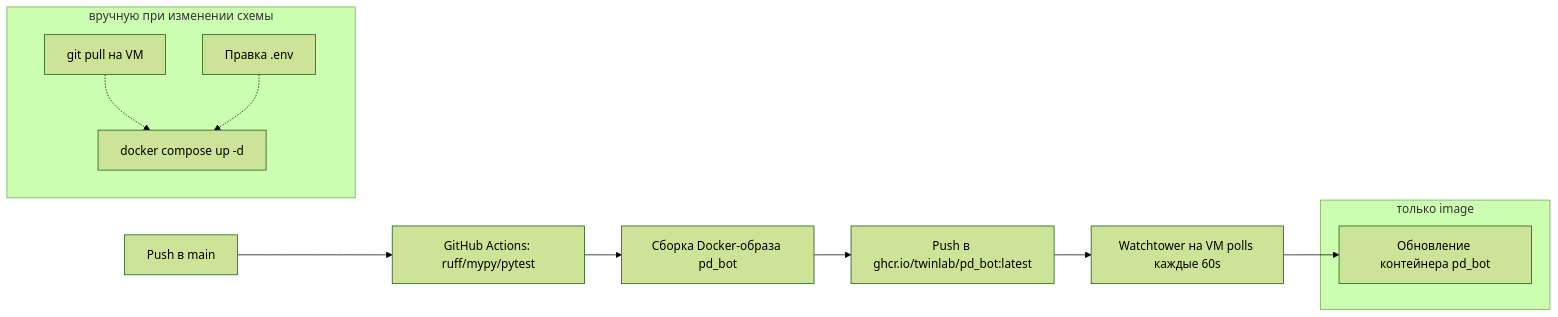
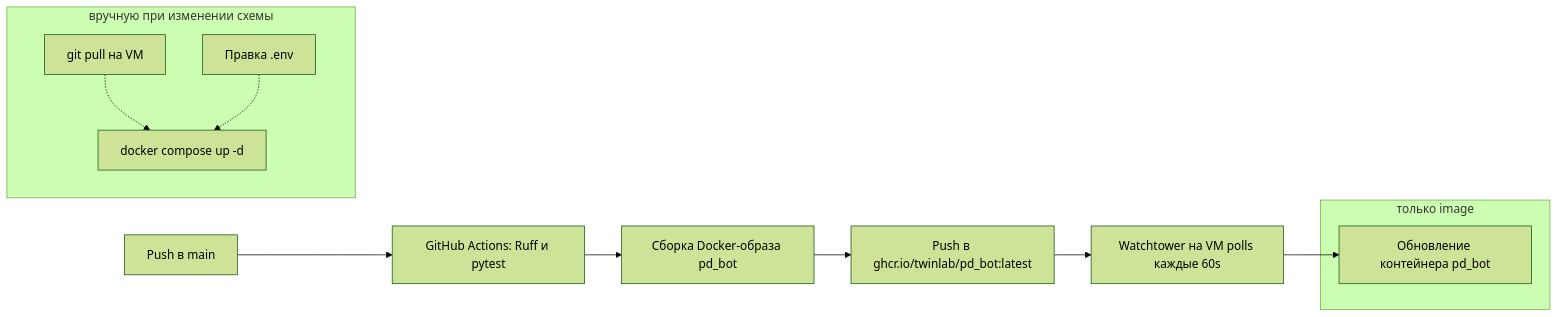
Before and after one commit to Twinlab/pd_bot: the diagram in docs/deployment.md, drawn with Mermaid (forest theme). The commit also changed other lines of this file and 25 other files, not shown here.

````diff
--- a/docs/deployment.md
+++ b/docs/deployment.md
@@ -21,21 +18,21 @@
 ```mermaid
 graph LR
-    A[Push в main] --> B[GitHub Actions: ruff/mypy/pytest]
+    A[Push в main] --> B[GitHub Actions: Ruff и pytest]
     B --> C[Сборка Docker-образа pd_bot]
     C --> D[Push в ghcr.io/twinlab/pd_bot:latest]
     D --> E[Watchtower на VM polls каждые 60s]
     E --> F[Обновление контейнера pd_bot]
 
     subgraph "только image"
         F
     end
 
     subgraph "вручную при изменении схемы"
         G[git pull на VM]
         H[Правка .env]
         I[docker compose up -d]
     end
 
     G -.-> I
     H -.-> I
 ```
````
